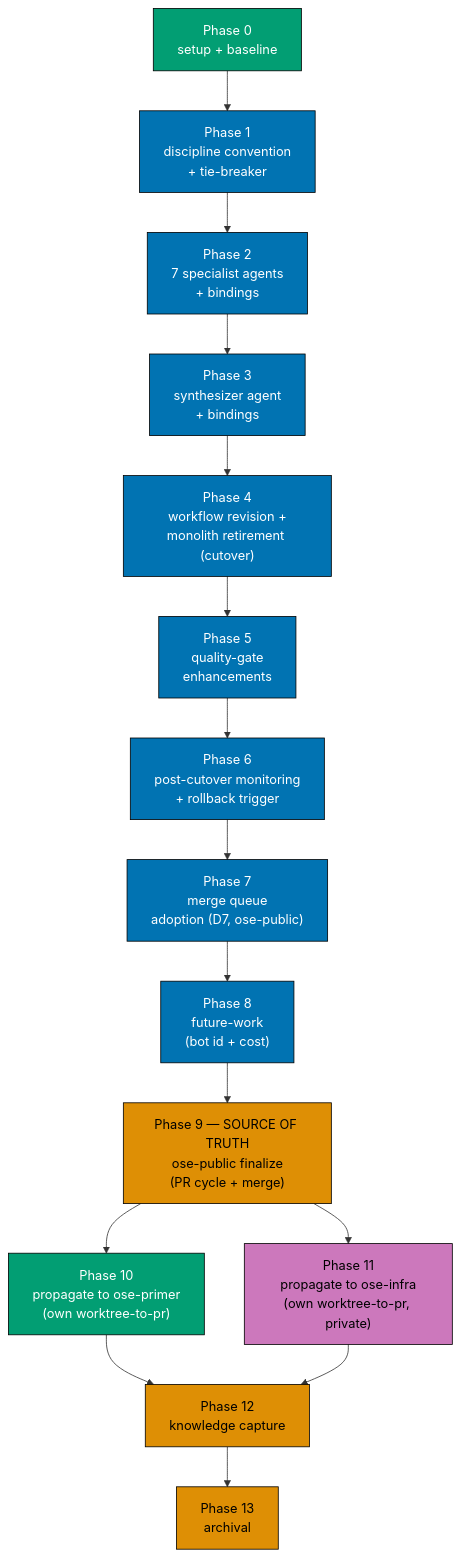
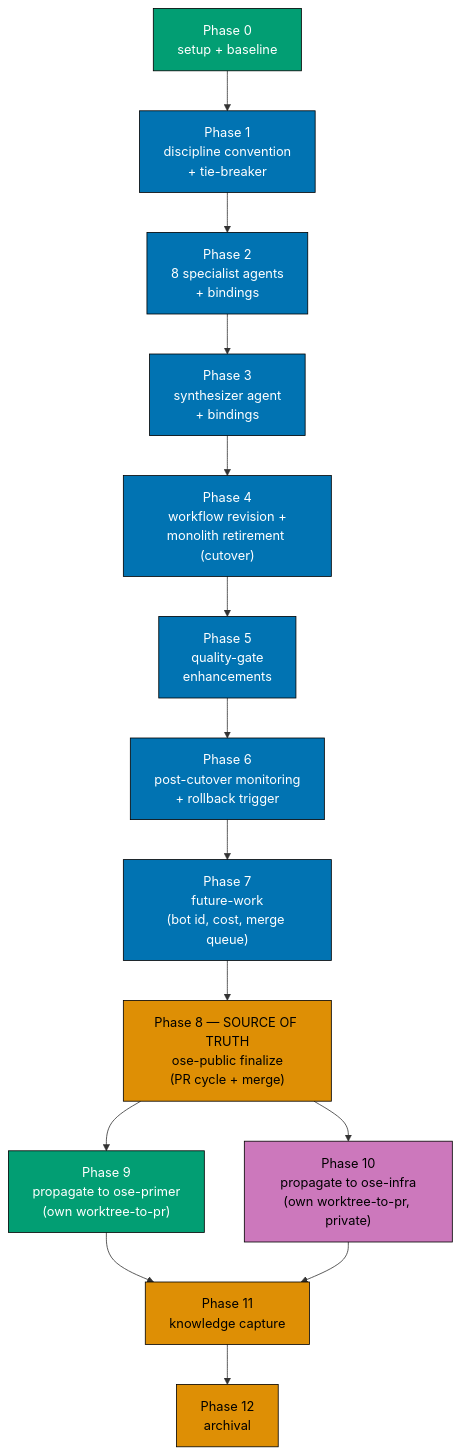
One commit to wahidyankf/baseerah changed the diagram in plans/backlog/worktree-to-pr-hardening/delivery.md. Above: the diagram before and after it, drawn with Mermaid. The commit also changed other lines of this file and 4 other files, not shown here.

````diff
--- a/plans/backlog/worktree-to-pr-hardening/delivery.md
+++ b/plans/backlog/worktree-to-pr-hardening/delivery.md
@@ -66,23 +75,22 @@
 ```mermaid
 %% Color palette: Teal #029E73 (setup/downstream), Blue #0173B2 (ose-public build), Orange #DE8F05 (finalize/archival), Purple #CC78BC (downstream private)
 flowchart TD
   P0["Phase 0<br/>setup + baseline"]:::teal --> P1["Phase 1<br/>discipline convention<br/>+ tie-breaker"]:::blue
-  P1 --> P2["Phase 2<br/>7 specialist agents<br/>+ bindings"]:::blue
+  P1 --> P2["Phase 2<br/>8 specialist agents<br/>+ bindings"]:::blue
   P2 --> P3["Phase 3<br/>synthesizer agent<br/>+ bindings"]:::blue
   P3 --> P4["Phase 4<br/>workflow revision +<br/>monolith retirement (cutover)"]:::blue
   P4 --> P5["Phase 5<br/>quality-gate<br/>enhancements"]:::blue
   P5 --> P6["Phase 6<br/>post-cutover monitoring<br/>+ rollback trigger"]:::blue
-  P6 --> P7["Phase 7<br/>merge queue<br/>adoption (D7, ose-public)"]:::blue
-  P7 --> P8["Phase 8<br/>future-work<br/>(bot id + cost)"]:::blue
-  P8 --> P9["Phase 9 — SOURCE OF TRUTH<br/>ose-public finalize<br/>(PR cycle + merge)"]:::orange
-  P9 --> P10["Phase 10<br/>propagate to ose-primer<br/>(own worktree-to-pr)"]:::teal
-  P9 --> P11["Phase 11<br/>propagate to ose-infra<br/>(own worktree-to-pr, private)"]:::purple
-  P10 --> P12["Phase 12<br/>knowledge capture"]:::orange
-  P11 --> P12
-  P12 --> P13["Phase 13<br/>archival"]:::orange
+  P6 --> P7["Phase 7<br/>future-work<br/>(bot id, cost, merge queue)"]:::blue
+  P7 --> P8["Phase 8 — SOURCE OF TRUTH<br/>ose-public finalize<br/>(PR cycle + merge)"]:::orange
+  P8 --> P9["Phase 9<br/>propagate to ose-primer<br/>(own worktree-to-pr)"]:::teal
+  P8 --> P10["Phase 10<br/>propagate to ose-infra<br/>(own worktree-to-pr, private)"]:::purple
+  P9 --> P11["Phase 11<br/>knowledge capture"]:::orange
+  P10 --> P11
+  P11 --> P12["Phase 12<br/>archival"]:::orange
 
   classDef teal fill:#029E73,stroke:#000000,color:#FFFFFF
   classDef blue fill:#0173B2,stroke:#000000,color:#FFFFFF
   classDef orange fill:#DE8F05,stroke:#000000,color:#000000
   classDef purple fill:#CC78BC,stroke:#000000,color:#000000
 ```
````
